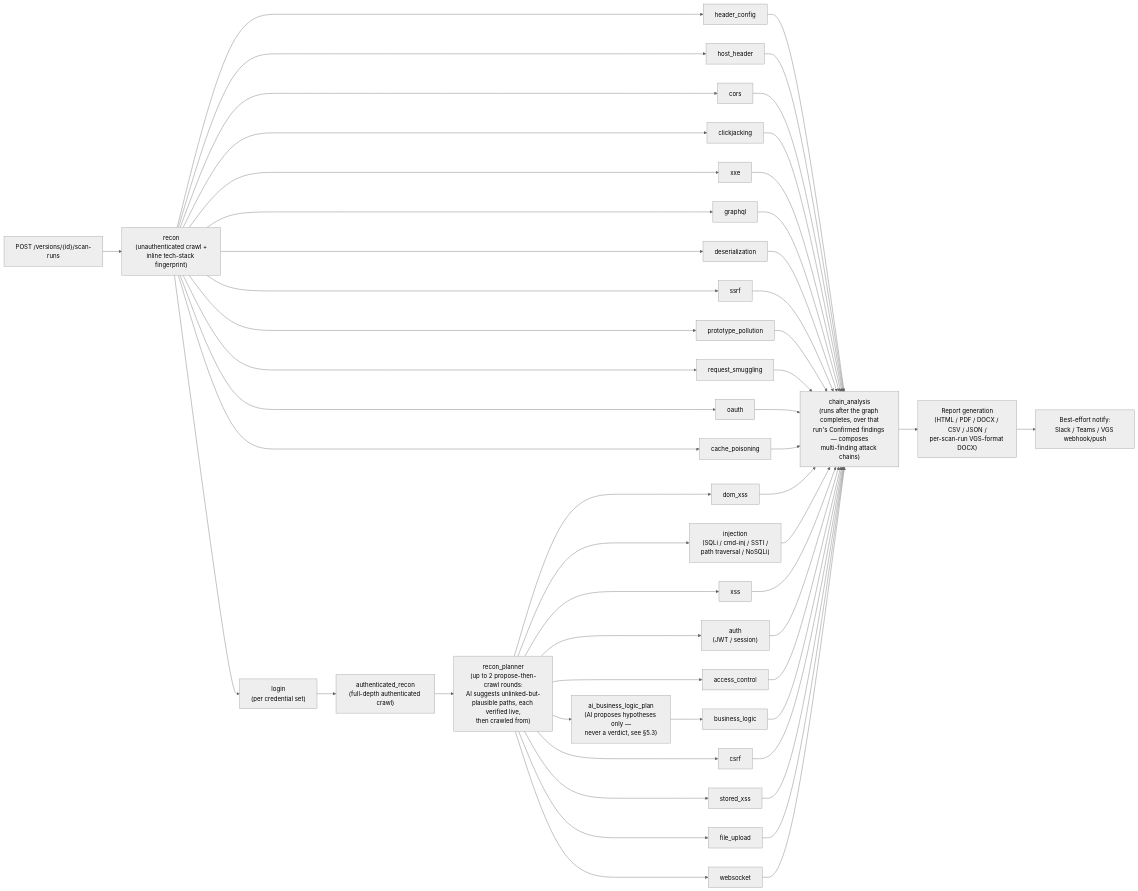
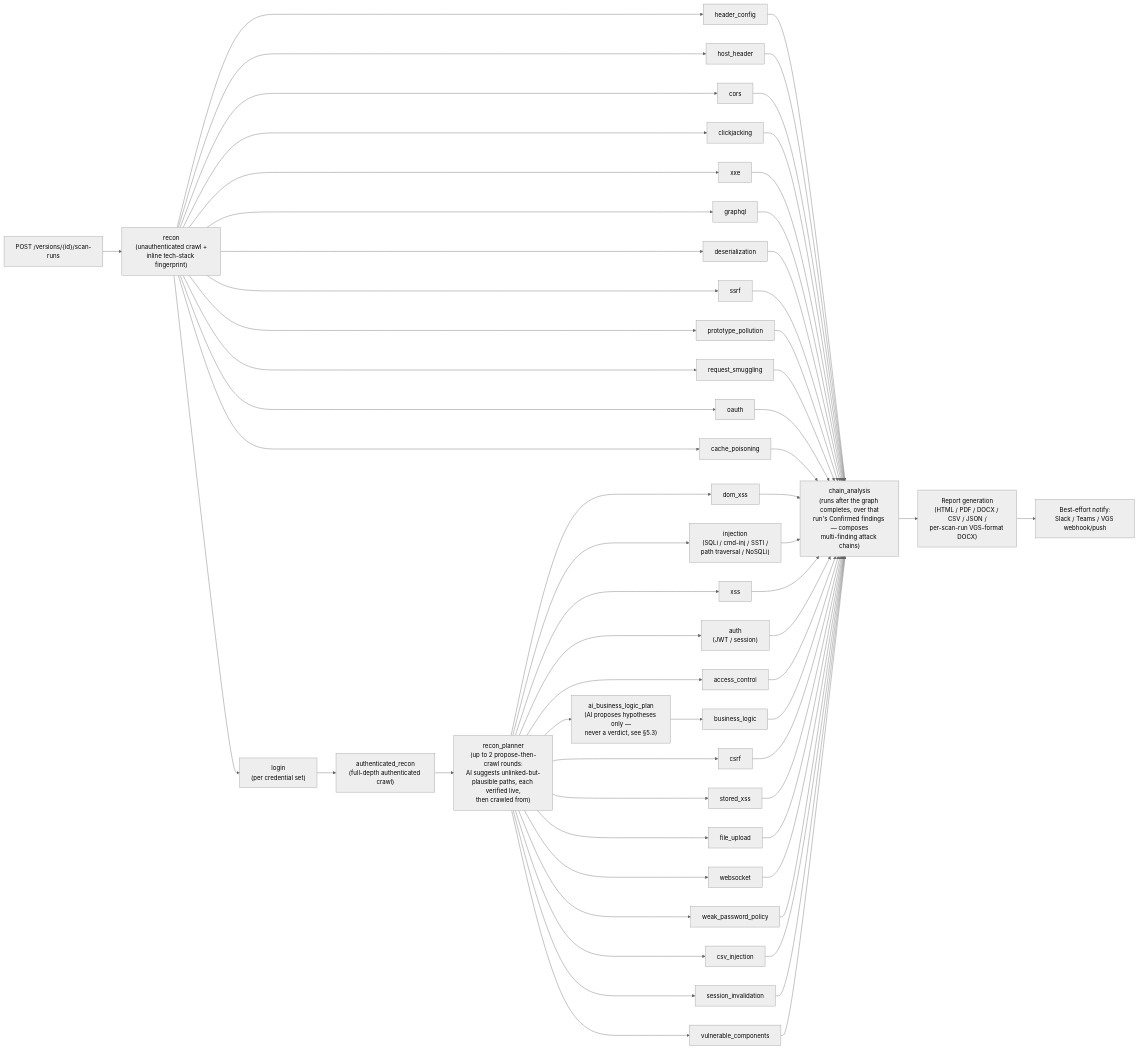
The diagram in docs/architecture-overview/diagrams/03_scan_lifecycle.mmd (mudigondabhanu85/verdikt), drawn with Mermaid (neutral theme) before and after one commit. The commit also changed 13 other files, not shown here.

```diff
--- a/docs/architecture-overview/diagrams/03_scan_lifecycle.mmd
+++ b/docs/architecture-overview/diagrams/03_scan_lifecycle.mmd
@@ -1,32 +1,36 @@
 flowchart LR
     A["POST /versions/{id}/scan-runs"] --> B["recon<br/>(unauthenticated crawl +<br/>inline tech-stack fingerprint)"]
     B --> U1["header_config"]
     B --> U2["host_header"]
     B --> U3["cors"]
     B --> U4["clickjacking"]
     B --> U5["xxe"]
     B --> U6["graphql"]
     B --> U7["deserialization"]
     B --> U8["ssrf"]
     B --> U9["prototype_pollution"]
     B --> U10["request_smuggling"]
     B --> U11["oauth"]
     B --> U12["cache_poisoning"]
     B --> L["login<br/>(per credential set)"]
     L --> E["authenticated_recon<br/>(full-depth authenticated crawl)"]
     E --> P["recon_planner<br/>(up to 2 propose-then-crawl rounds:<br/>AI suggests unlinked-but-<br/>plausible paths, each verified live,<br/>then crawled from)"]
     P --> A1["dom_xss"]
     P --> A2["injection<br/>(SQLi / cmd-inj / SSTI /<br/>path traversal / NoSQLi)"]
     P --> A3["xss"]
     P --> A4["auth<br/>(JWT / session)"]
     P --> A5["access_control"]
     P --> BP["ai_business_logic_plan<br/>(AI proposes hypotheses only —<br/>never a verdict, see §5.3)"]
     BP --> A6["business_logic"]
     P --> A7["csrf"]
     P --> A8["stored_xss"]
     P --> A9["file_upload"]
     P --> A10["websocket"]
+    P --> A11["weak_password_policy"]
+    P --> A12["csv_injection"]
+    P --> A13["session_invalidation"]
+    P --> A14["vulnerable_components"]
     U1 & U2 & U3 & U4 & U5 & U6 & U7 & U8 & U9 & U10 & U11 & U12 --> G
-    A1 & A2 & A3 & A4 & A5 & A6 & A7 & A8 & A9 & A10 --> G["chain_analysis<br/>(runs after the graph completes, over that<br/>run's Confirmed findings — composes<br/>multi-finding attack chains)"]
+    A1 & A2 & A3 & A4 & A5 & A6 & A7 & A8 & A9 & A10 & A11 & A12 & A13 & A14 --> G["chain_analysis<br/>(runs after the graph completes, over that<br/>run's Confirmed findings — composes<br/>multi-finding attack chains)"]
     G --> H["Report generation<br/>(HTML / PDF / DOCX / CSV / JSON /<br/>per-scan-run VGS-format DOCX)"]
     H --> I["Best-effort notify:<br/>Slack / Teams / VGS webhook/push"]
```
